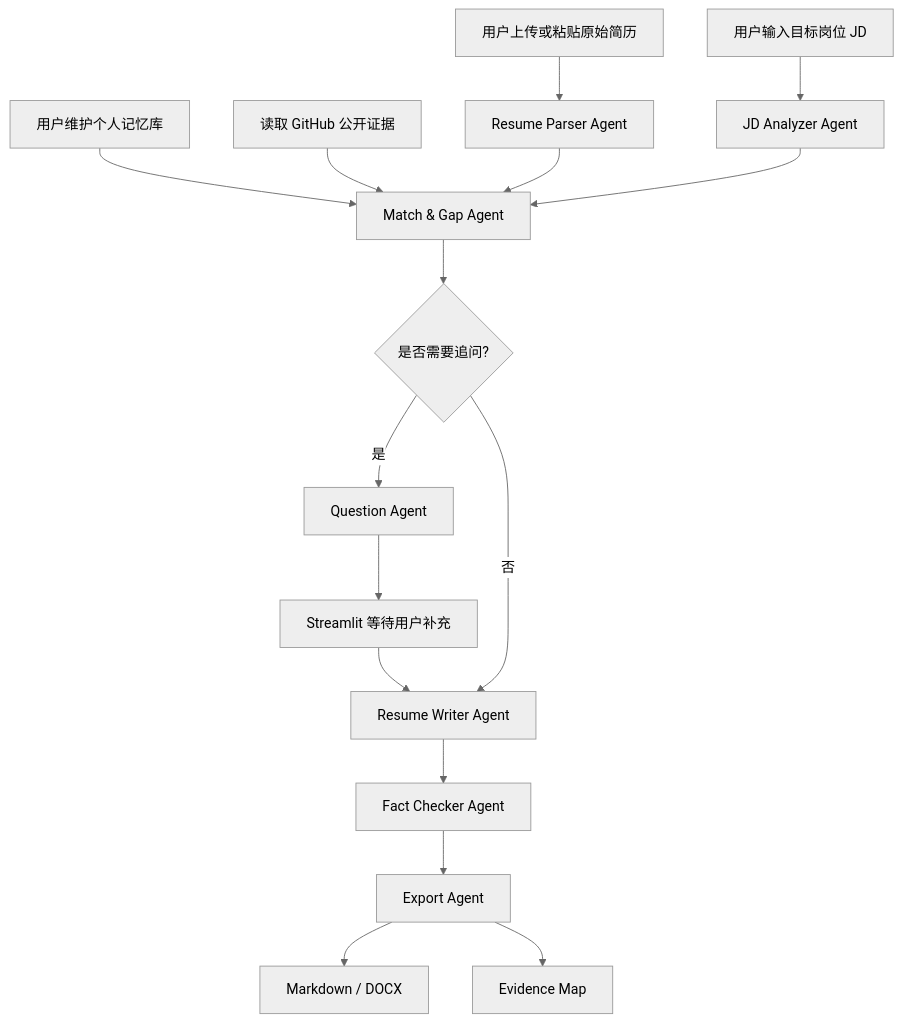
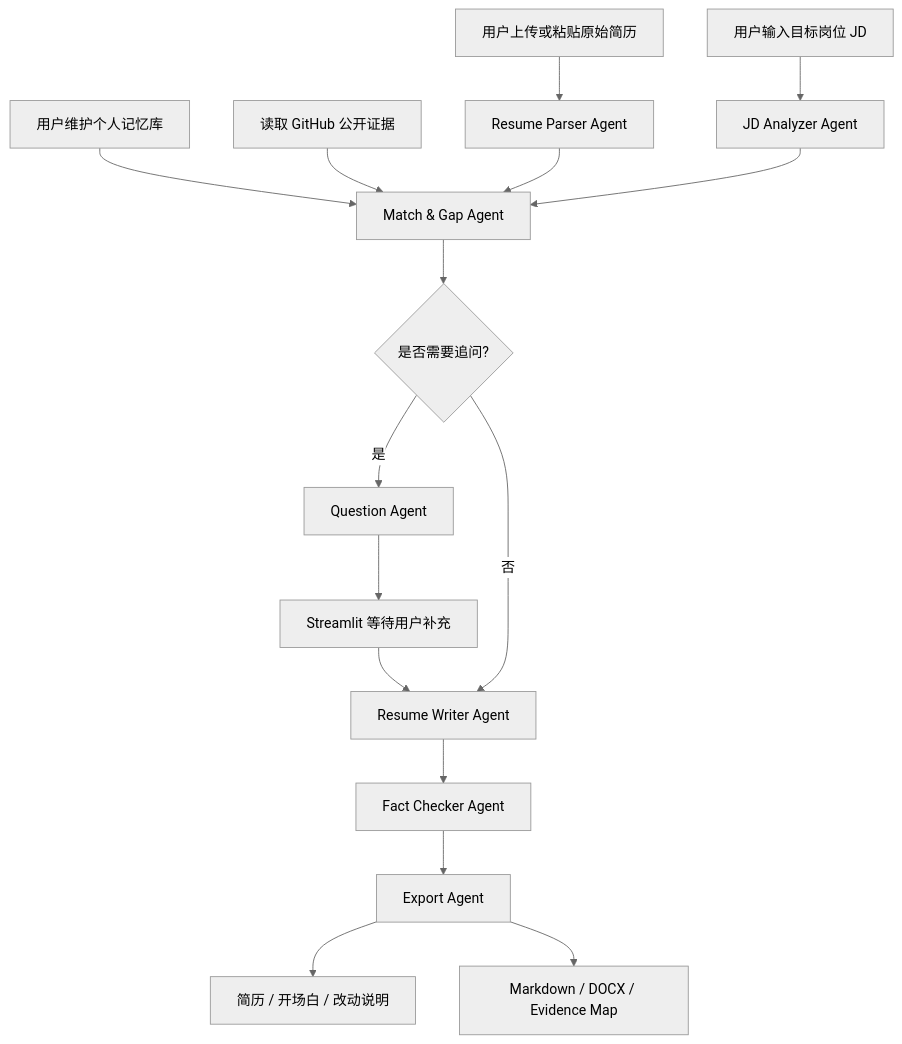
Before and after one commit to IHanabiI/resume-agent-portfolio: the diagram in README.md, drawn with Mermaid (neutral theme). The commit also changed other lines of this file and 5 other files, not shown here.

````diff
--- a/README.md
+++ b/README.md
@@ -114,18 +116,18 @@
 ```mermaid
 flowchart TD
     A["用户上传或粘贴原始简历"] --> B["Resume Parser Agent"]
     A2["用户维护个人记忆库"] --> E["Match & Gap Agent"]
     A3["读取 GitHub 公开证据"] --> E
     C["用户输入目标岗位 JD"] --> D["JD Analyzer Agent"]
     B --> E["Match & Gap Agent"]
     D --> E
     E --> F{"是否需要追问?"}
     F -- "是" --> G["Question Agent"]
     G --> H["Streamlit 等待用户补充"]
     H --> I["Resume Writer Agent"]
     F -- "否" --> I
     I --> J["Fact Checker Agent"]
     J --> K["Export Agent"]
-    K --> L["Markdown / DOCX"]
-    K --> M["Evidence Map"]
+    K --> L["简历 / 开场白 / 改动说明"]
+    K --> M["Markdown / DOCX / Evidence Map"]
 ```
````
